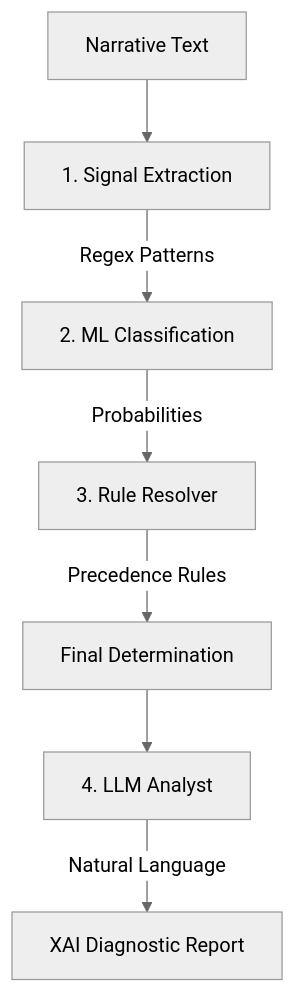
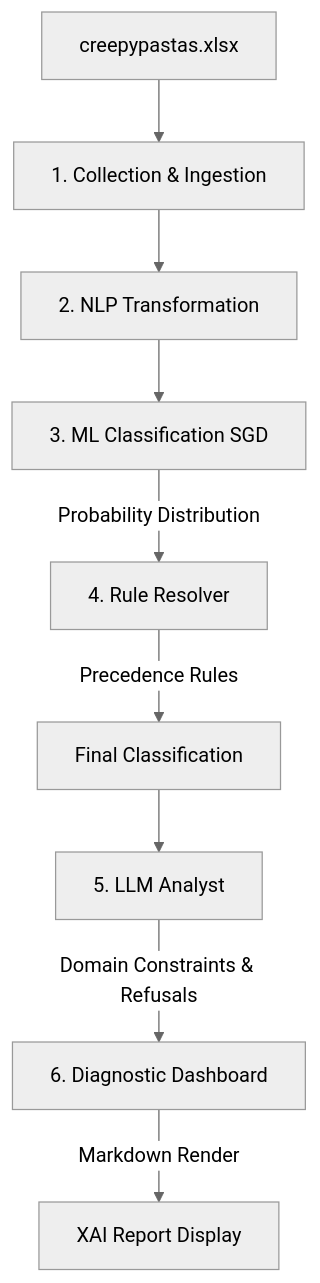
Before and after one commit to SarabdeepSBilkhu/Paranormix: the diagram in README.md, drawn with Mermaid (neutral theme). The commit also changed other lines of this file and 1 other file, not shown here.

````diff
--- a/README.md
+++ b/README.md
@@ -11,9 +11,11 @@
 ```mermaid
 graph TD
-    Input[Narrative Text] --> Step1[1. Signal Extraction]
-    Step1 -->|Regex Patterns| Step2[2. ML Classification]
-    Step2 -->|Probabilities| Step3[3. Rule Resolver]
-    Step3 -->|Precedence Rules| Output[Final Determination]
-    Output --> Step4[4. LLM Analyst]
-    Step4 -->|Natural Language| User[XAI Diagnostic Report]
+    Data[creepypastas.xlsx] --> Ingestion[1. Collection & Ingestion]
+    Ingestion --> Transform[2. NLP Transformation]
+    Transform --> Step2[3. ML Classification SGD]
+    Step2 -->|Probability Distribution| Step3[4. Rule Resolver]
+    Step3 -->|Precedence Rules| Target[Final Classification]
+    Target --> Step4[5. LLM Analyst]
+    Step4 -->|Domain Constraints & Refusals| UI[6. Diagnostic Dashboard]
+    UI -->|Markdown Render| User[XAI Report Display]
 ```
````
